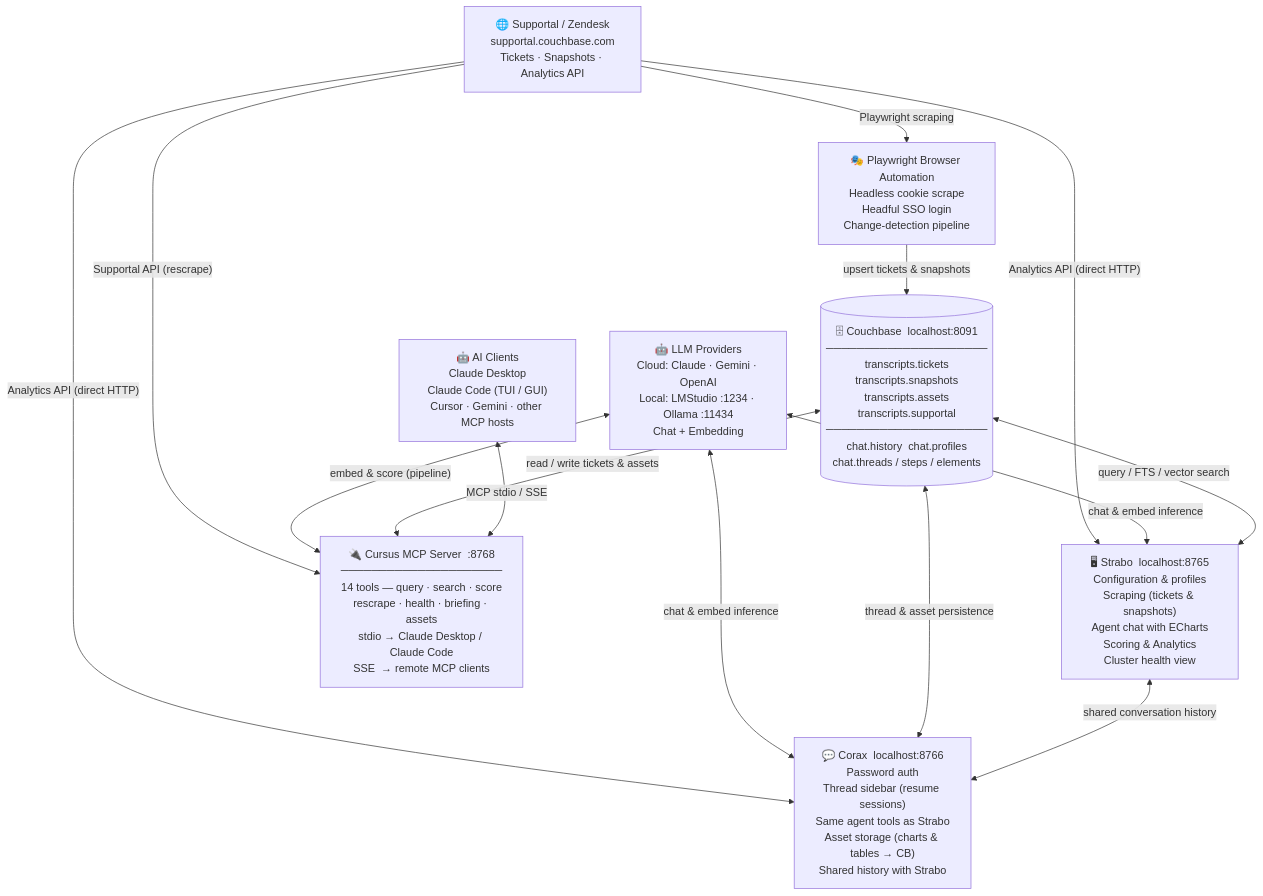
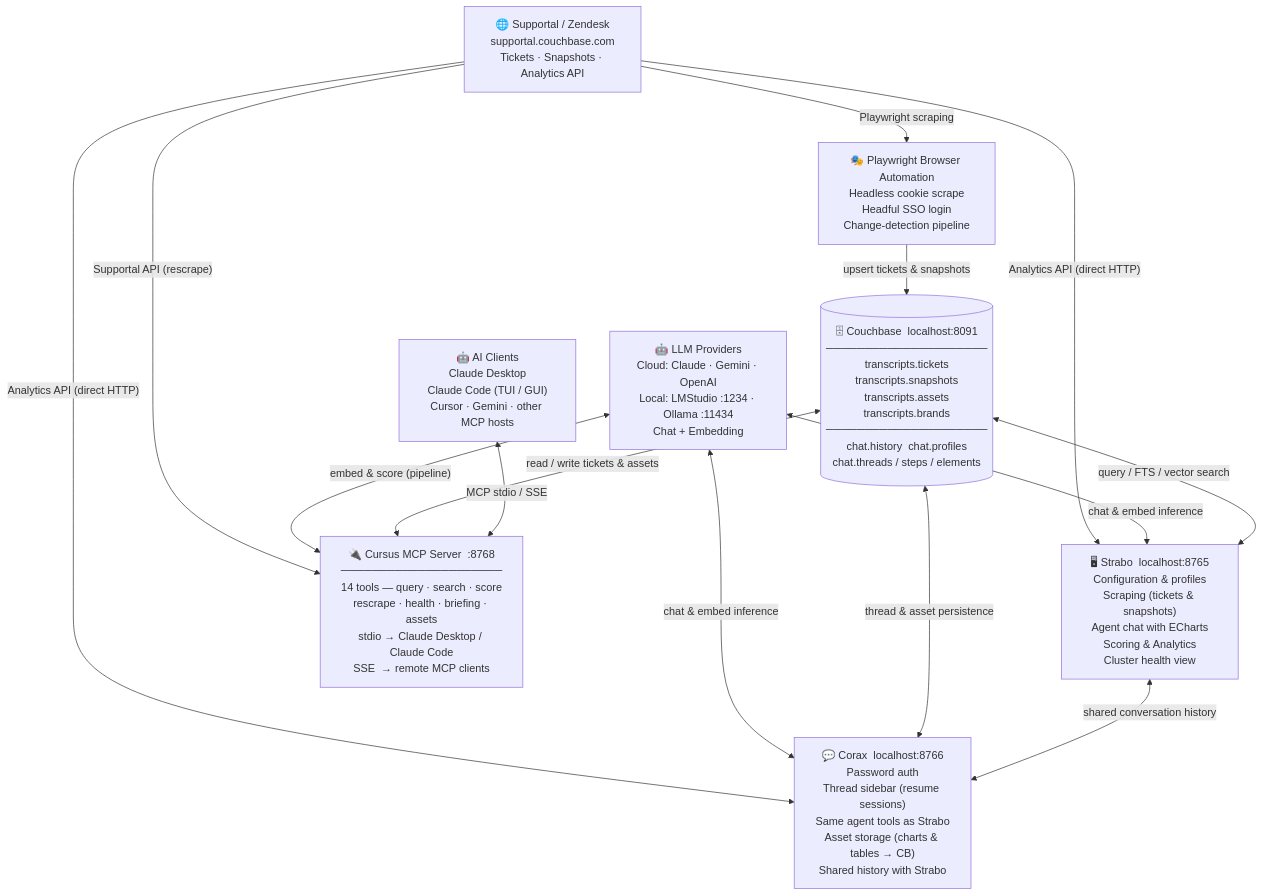
Before and after one commit to couchbaselabs/Cursus_Agent_Public: the diagram in README.md, drawn with Mermaid. The commit also changed 2 other files, not shown here.

Commit message:
feat(docker): add transcripts scope, brands collection, sync all collections to init
- Switch couchbase-init.sh from _default scope to transcripts scope for
  tickets/snapshots/assets indexes (matches what the app creates at runtime)
- Add transcripts.brands collection (customer brand kits)
- Add full chat scope collections: threads, steps, elements, feedback, users
  (previously only history and profiles were pre-created)
- Add primary index on transcripts.brands
- Update README architecture diagram and mcp-getting-started docs to include
  transcripts.brands in the collections table and one-shot setup script

````diff
--- a/README.md
+++ b/README.md
@@ -13,32 +13,32 @@
 ```mermaid
 flowchart TD
     EXT["🌐 Supportal / Zendesk\nsupportal.couchbase.com\nTickets · Snapshots · Analytics API"]
 
     PW["🎭 Playwright Browser Automation\nHeadless cookie scrape\nHeadful SSO login\nChange-detection pipeline"]
 
     LLM["🤖 LLM Providers\nCloud: Claude · Gemini · OpenAI\nLocal: LMStudio :1234 · Ollama :11434\nChat + Embedding"]
 
-    CB[("🗄 Couchbase  localhost:8091\n─────────────────────\ntranscripts.tickets\ntranscripts.snapshots\ntranscripts.assets\ntranscripts.supportal\n─────────────────────\nchat.history  chat.profiles\nchat.threads / steps / elements")]
+    CB[("🗄 Couchbase  localhost:8091\n─────────────────────\ntranscripts.tickets\ntranscripts.snapshots\ntranscripts.assets\ntranscripts.brands\n─────────────────────\nchat.history  chat.profiles\nchat.threads / steps / elements")]
 
     ST["🖥 Strabo  localhost:8765\nConfiguration & profiles\nScraping (tickets & snapshots)\nAgent chat with ECharts\nScoring & Analytics\nCluster health view"]
 
     CX["💬 Corax  localhost:8766\nPassword auth\nThread sidebar (resume sessions)\nSame agent tools as Strabo\nAsset storage (charts & tables → CB)\nShared history with Strabo"]
 
     MCP["🔌 Cursus MCP Server  :8768\n─────────────────────\n14 tools — query · search · score\nrescrape · health · briefing · assets\nstdio → Claude Desktop / Claude Code\nSSE  → remote MCP clients"]
 
     AI["🤖 AI Clients\nClaude Desktop\nClaude Code (TUI / GUI)\nCursor · Gemini · other MCP hosts"]
 
     EXT -->|"Playwright scraping"| PW
     EXT -->|"Analytics API (direct HTTP)"| ST
     EXT -->|"Analytics API (direct HTTP)"| CX
     EXT -->|"Supportal API (rescrape)"| MCP
     PW -->|"upsert tickets & snapshots"| CB
     LLM <-->|"chat & embed inference"| ST
     LLM <-->|"chat & embed inference"| CX
     LLM <-->|"embed & score (pipeline)"| MCP
     CB <-->|"query / FTS / vector search"| ST
     CB <-->|"thread & asset persistence"| CX
     CB <-->|"read / write tickets & assets"| MCP
     ST <-->|"shared conversation history"| CX
     AI <-->|"MCP stdio / SSE"| MCP
 ```
````
